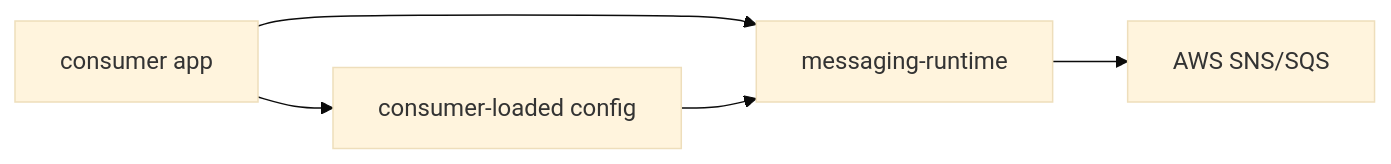
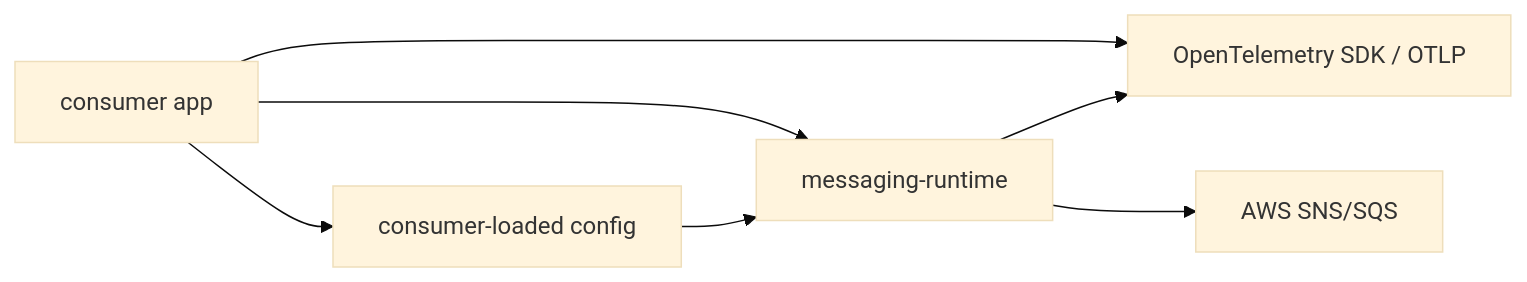
The second of 2 diagrams in docs/ARCHITECTURE.md (idenstra/messaging-runtime), drawn with Mermaid (base theme) before and after one commit. The commit also changed other lines of this file and 29 other files, not shown here.

````diff
--- a/docs/ARCHITECTURE.md
+++ b/docs/ARCHITECTURE.md
@@ -77,12 +85,15 @@
 ```mermaid
 flowchart LR
   App["consumer app"]
   Config["consumer-loaded config"]
   Runtime["messaging-runtime"]
+  Otel["OpenTelemetry SDK / OTLP"]
   AWS["AWS SNS/SQS"]
 
   App --> Config
   App --> Runtime
   Config --> Runtime
+  App --> Otel
+  Runtime --> Otel
   Runtime --> AWS
 ```
````
